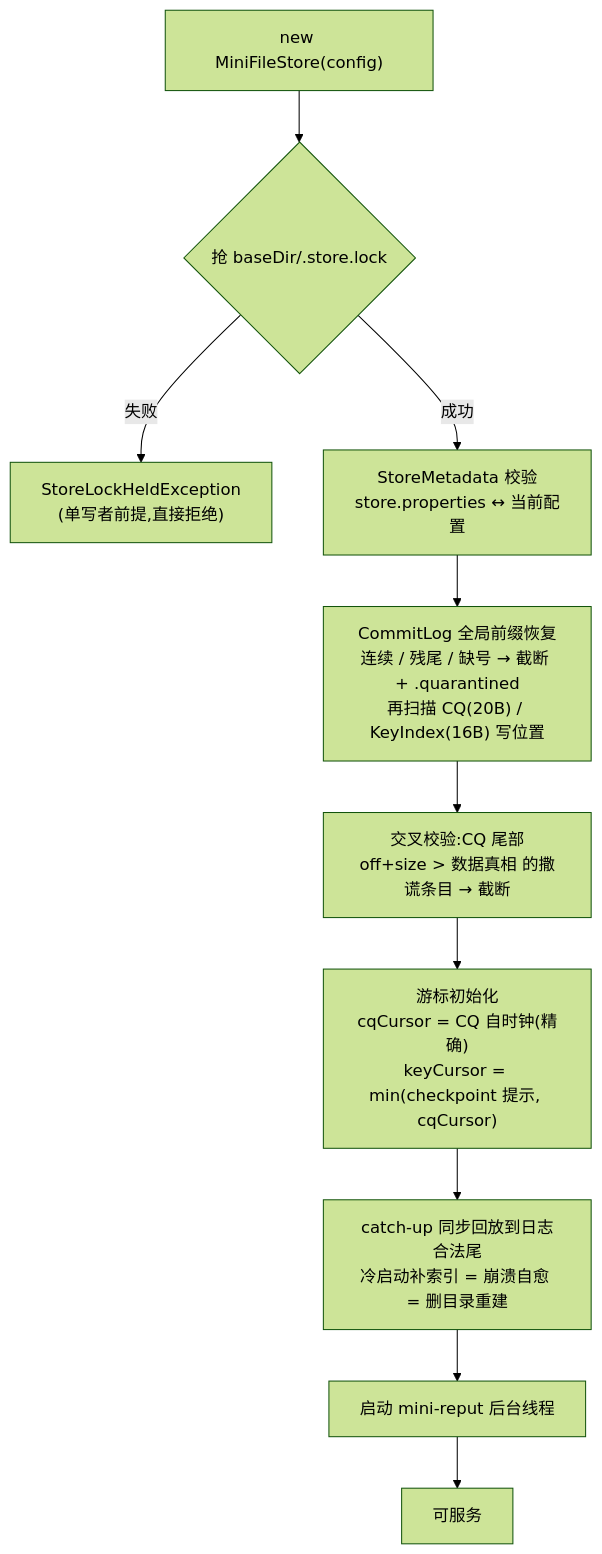
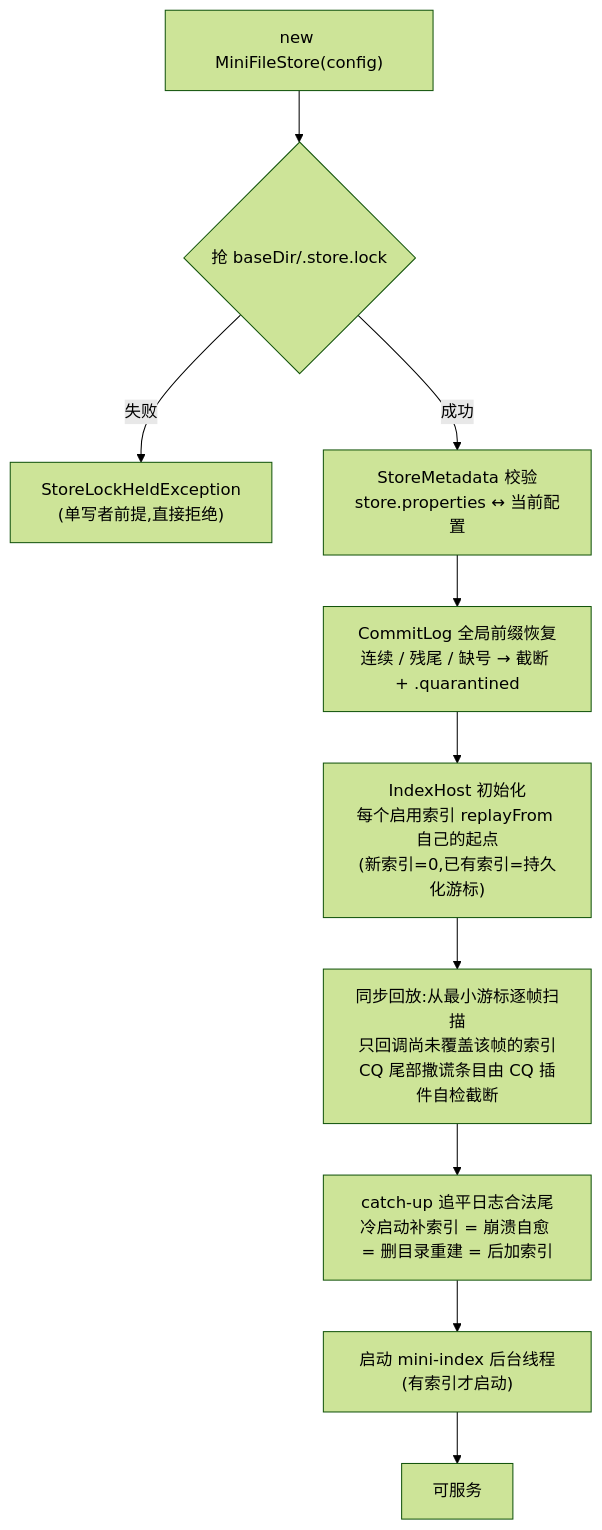
The second of 2 diagrams in README.md (ispengya/mini-file-storage), drawn with Mermaid (forest theme) before and after one commit. The commit also changed other lines of this file and 25 other files, not shown here.

````diff
--- a/README.md
+++ b/README.md
@@ -98,12 +144,12 @@
 ```mermaid
 flowchart TD
     A["new MiniFileStore(config)"] --> B{"抢 baseDir/.store.lock"}
     B -- 失败 --> X["StoreLockHeldException<br/>(单写者前提,直接拒绝)"]
     B -- 成功 --> M["StoreMetadata 校验<br/>store.properties ↔ 当前配置"]
-    M --> C["CommitLog 全局前缀恢复<br/>连续 / 残尾 / 缺号 → 截断 + .quarantined<br/>再扫描 CQ(20B) / KeyIndex(16B) 写位置"]
-    C --> D["交叉校验:CQ 尾部<br/>off+size > 数据真相 的撒谎条目 → 截断"]
-    D --> E["游标初始化<br/>cqCursor = CQ 自时钟(精确)<br/>keyCursor = min(checkpoint 提示, cqCursor)"]
-    E --> F["catch-up 同步回放到日志合法尾<br/>冷启动补索引 = 崩溃自愈 = 删目录重建"]
-    F --> G["启动 mini-reput 后台线程"]
+    M --> C["CommitLog 全局前缀恢复<br/>连续 / 残尾 / 缺号 → 截断 + .quarantined"]
+    C --> I["IndexHost 初始化<br/>每个启用索引 replayFrom 自己的起点<br/>(新索引=0,已有索引=持久化游标)"]
+    I --> D["同步回放:从最小游标逐帧扫描<br/>只回调尚未覆盖该帧的索引<br/>CQ 尾部撒谎条目由 CQ 插件自检截断"]
+    D --> F["catch-up 追平日志合法尾<br/>冷启动补索引 = 崩溃自愈 = 删目录重建 = 后加索引"]
+    F --> G["启动 mini-index 后台线程(有索引才启动)"]
     G --> H["可服务"]
 ```
````
